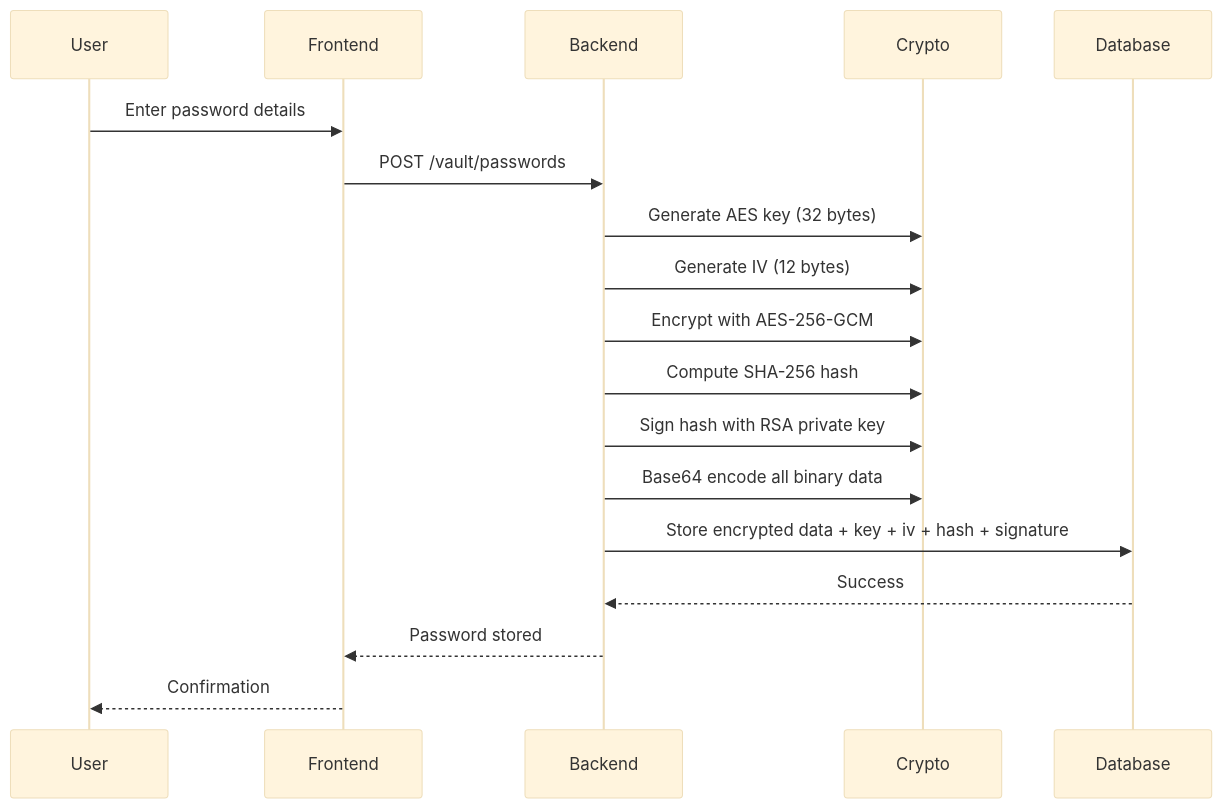
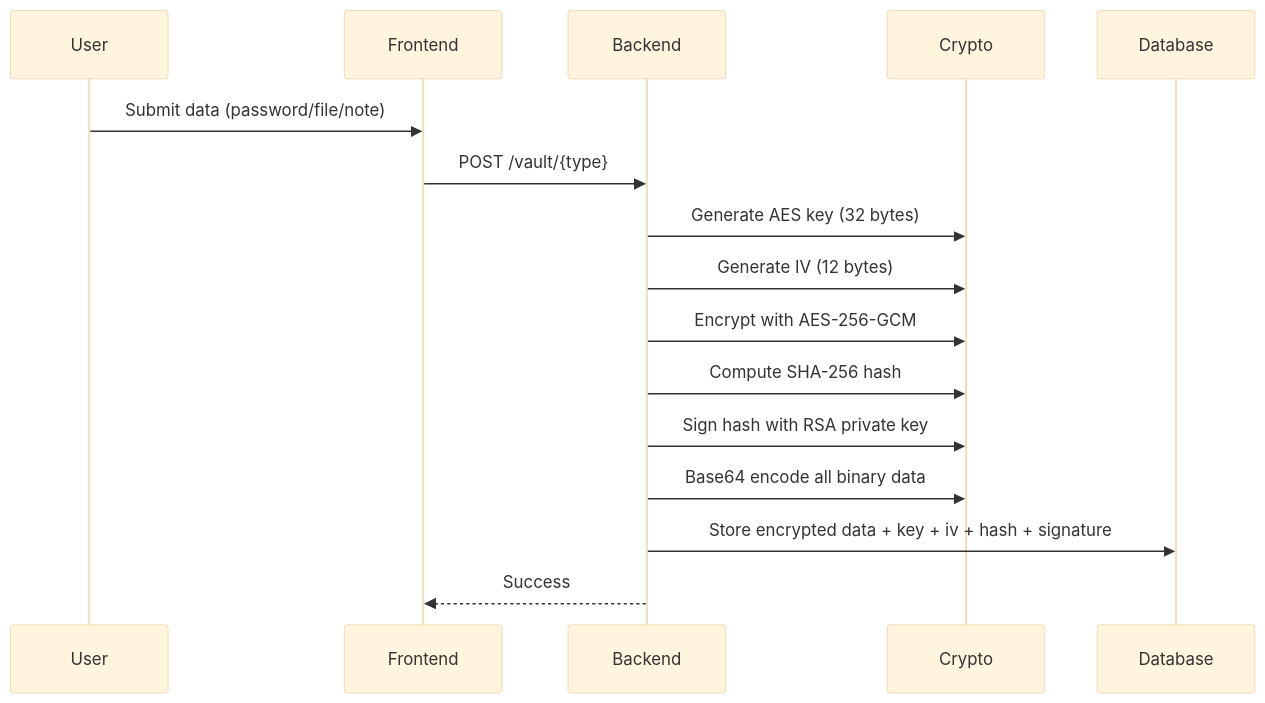
One commit to akshayks13/SecureVault changed the seventh of 10 diagrams in docs/SECURITY.md. Above: the diagram before and after it, drawn with Mermaid (base theme). The commit also changed other lines of this file and 1 other file, not shown here.

````diff
--- a/docs/SECURITY.md
+++ b/docs/SECURITY.md
@@ -193,21 +201,19 @@
 ```mermaid
 sequenceDiagram
     participant User
     participant Frontend
     participant Backend
     participant Crypto
     participant Database
     
-    User->>Frontend: Enter password details
-    Frontend->>Backend: POST /vault/passwords
+    User->>Frontend: Submit data (password/file/note)
+    Frontend->>Backend: POST /vault/{type}
     Backend->>Crypto: Generate AES key (32 bytes)
     Backend->>Crypto: Generate IV (12 bytes)
     Backend->>Crypto: Encrypt with AES-256-GCM
     Backend->>Crypto: Compute SHA-256 hash
     Backend->>Crypto: Sign hash with RSA private key
     Backend->>Crypto: Base64 encode all binary data
     Backend->>Database: Store encrypted data + key + iv + hash + signature
-    Database-->>Backend: Success
-    Backend-->>Frontend: Password stored
-    Frontend-->>User: Confirmation
+    Backend-->>Frontend: Success
 ```
````
